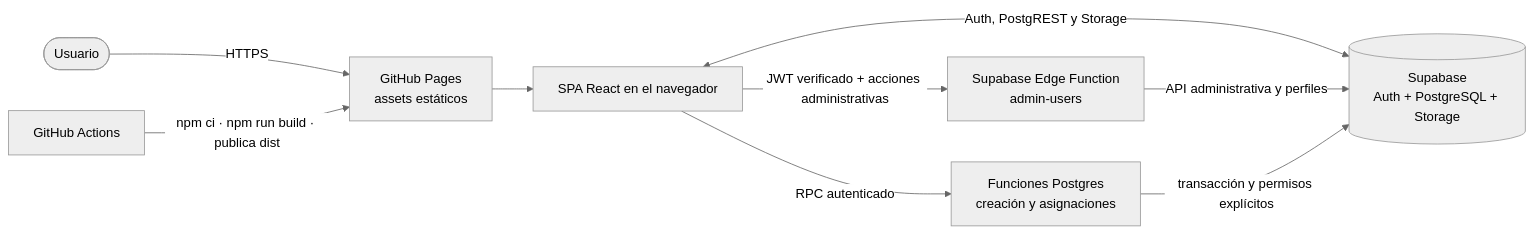
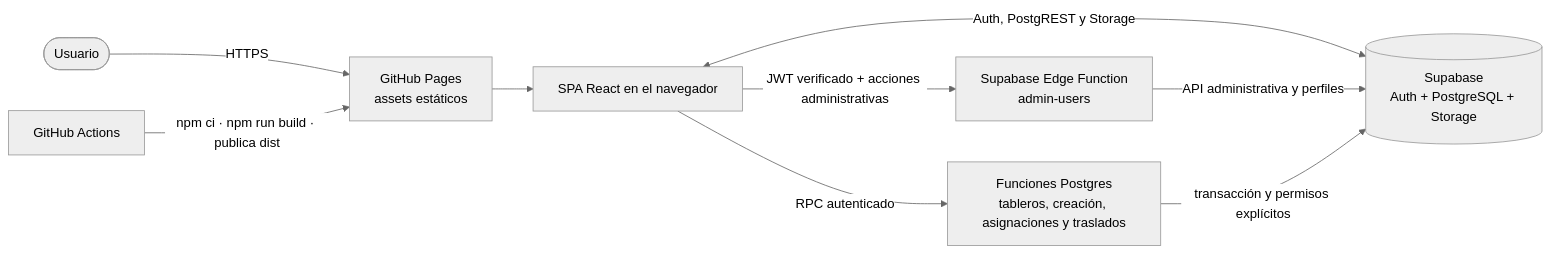
The diagram in .architecture/README.md (furthurr/dashboardFurthurr), drawn with Mermaid (neutral theme) before and after one commit. The commit also changed other lines of this file and 44 other files, not shown here.

````diff
--- a/.architecture/README.md
+++ b/.architecture/README.md
@@ -27,11 +27,11 @@
 ```mermaid
 flowchart LR
   user([Usuario]) -->|HTTPS| pages[GitHub Pages<br/>assets estáticos]
   pages --> browser[SPA React en el navegador]
   browser <-->|Auth, PostgREST y Storage| supabase[(Supabase<br/>Auth + PostgreSQL + Storage)]
   browser -->|JWT verificado + acciones administrativas| edge[Supabase Edge Function<br/>admin-users]
   edge -->|API administrativa y perfiles| supabase
-  browser -->|RPC autenticado| rpc[Funciones Postgres<br/>creación y asignaciones]
+  browser -->|RPC autenticado| rpc[Funciones Postgres<br/>tableros, creación, asignaciones y traslados]
   rpc -->|transacción y permisos explícitos| supabase
   actions[GitHub Actions] -->|npm ci · npm run build · publica dist| pages
 ```
````
